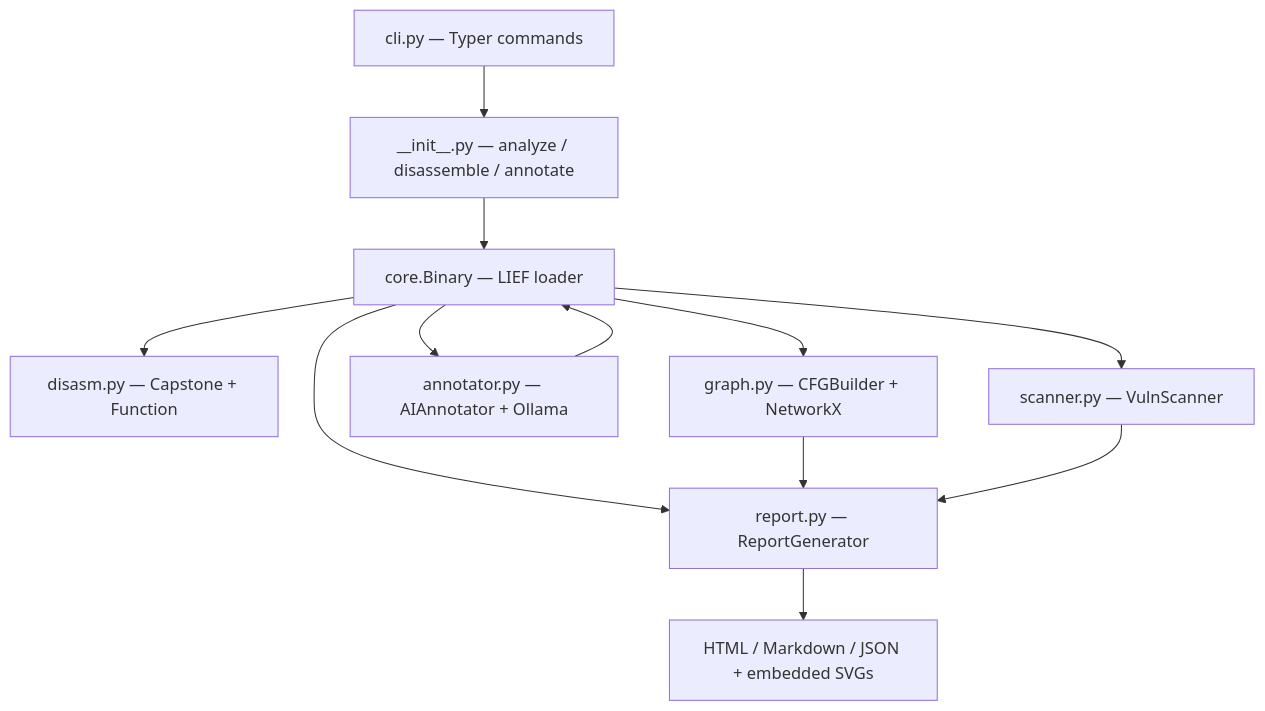
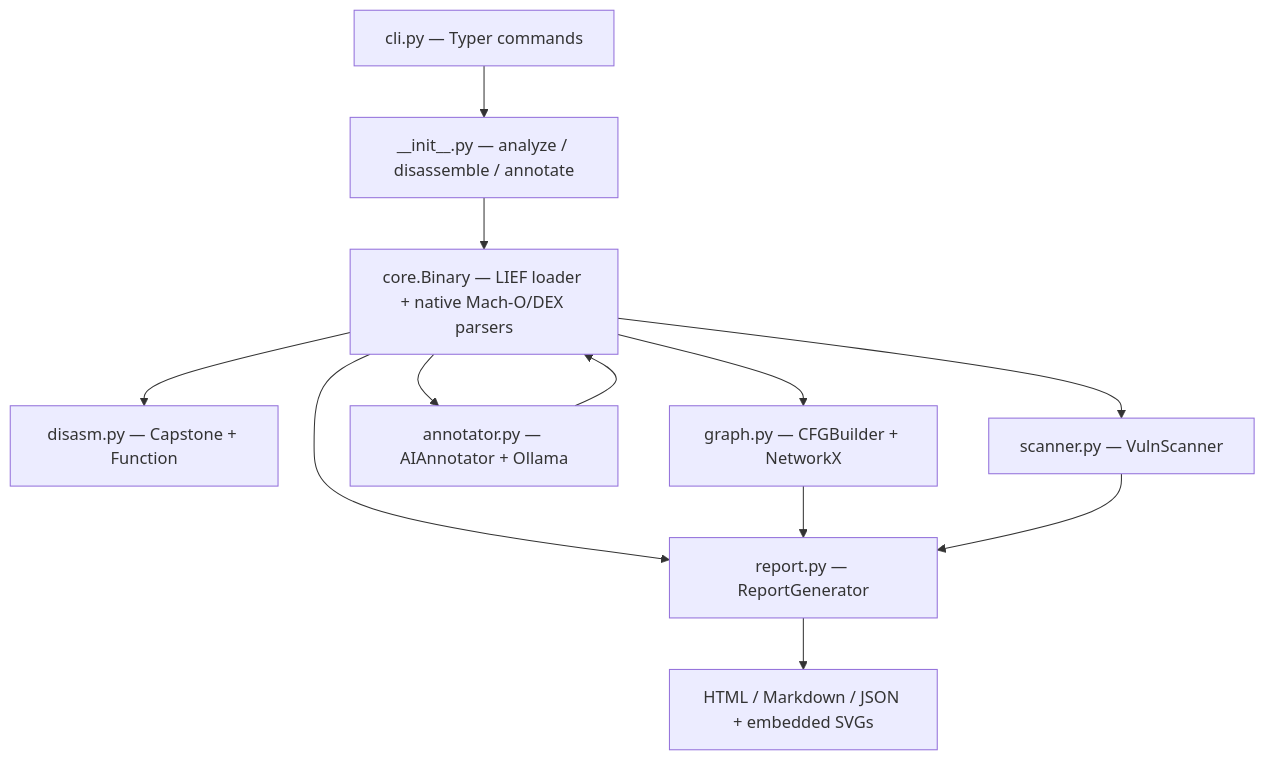
One commit to ajendras/ReverseKit changed the diagram in README.md. Above: the diagram before and after it, drawn with Mermaid. The commit also changed other lines of this file and 2 other files, not shown here.

Commit message:
feat(core): add Mach-O and Android DEX native parsers

````diff
--- a/README.md
+++ b/README.md
@@ -195,14 +195,14 @@
 ```mermaid
 flowchart TD
     CLI[cli.py — Typer commands] --> API[__init__.py — analyze / disassemble / annotate]
-    API --> Binary[core.Binary — LIEF loader]
+    API --> Binary[core.Binary — LIEF loader + native Mach-O/DEX parsers]
     Binary --> Disasm[disasm.py — Capstone + Function]
     Binary --> Scanner[scanner.py — VulnScanner]
     Binary --> Annotator[annotator.py — AIAnnotator + Ollama]
     Annotator --> Binary
     Binary --> Graph[graph.py — CFGBuilder + NetworkX]
     Binary --> Report[report.py — ReportGenerator]
     Graph --> Report
     Scanner --> Report
     Report --> Outputs[HTML / Markdown / JSON + embedded SVGs]
 ```
````
